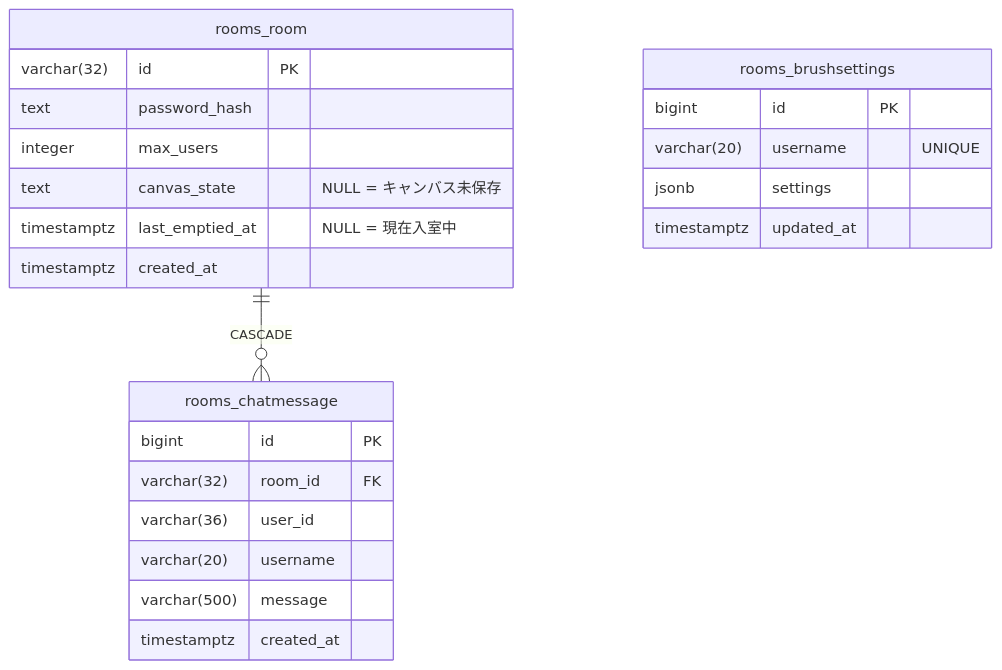
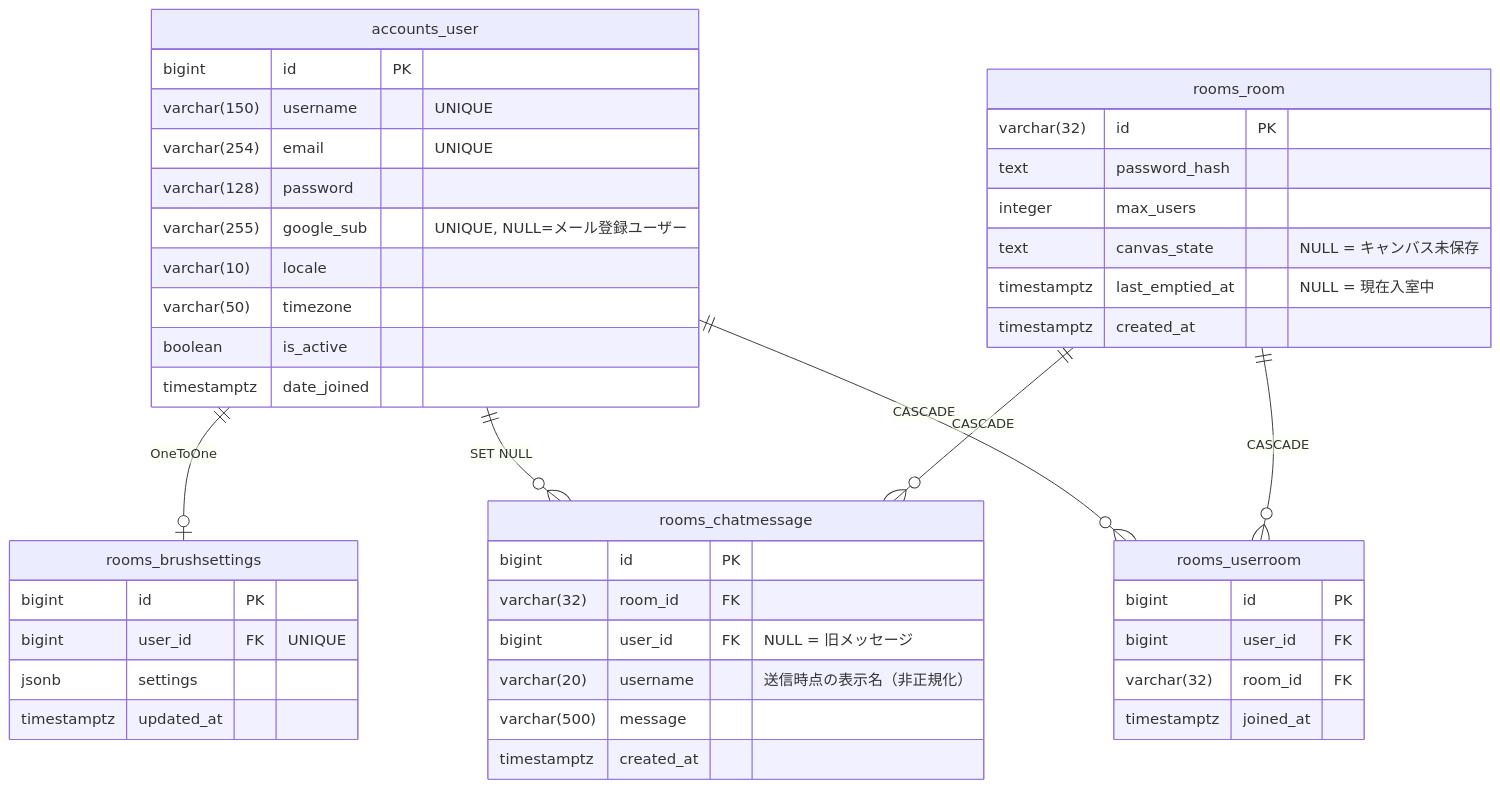
Before and after one commit to anbuttersand0206/oekaki-chat-neo: the diagram in documents/schema/README.md, drawn with Mermaid. The commit also changed other lines of this file and 34 other files, not shown here.

````diff
--- a/documents/schema/README.md
+++ b/documents/schema/README.md
@@ -26,29 +28,52 @@
 ```mermaid
 erDiagram
+    accounts_user {
+        bigint       id              PK
+        varchar(150) username        "UNIQUE"
+        varchar(254) email           "UNIQUE"
+        varchar(128) password
+        varchar(255) google_sub      "UNIQUE, NULL=メール登録ユーザー"
+        varchar(10)  locale
+        varchar(50)  timezone
+        boolean      is_active
+        timestamptz  date_joined
+    }
+
     rooms_room {
         varchar(32)  id               PK
         text         password_hash
         integer      max_users
         text         canvas_state     "NULL = キャンバス未保存"
         timestamptz  last_emptied_at  "NULL = 現在入室中"
         timestamptz  created_at
     }
 
     rooms_brushsettings {
         bigint       id         PK
-        varchar(20)  username   "UNIQUE"
+        bigint       user_id    FK "UNIQUE"
         jsonb        settings
         timestamptz  updated_at
     }
 
     rooms_chatmessage {
         bigint       id         PK
         varchar(32)  room_id    FK
-        varchar(36)  user_id
-        varchar(20)  username
+        bigint       user_id    FK "NULL = 旧メッセージ"
+        varchar(20)  username   "送信時点の表示名（非正規化）"
         varchar(500) message
         timestamptz  created_at
     }
 
-    rooms_room ||--o{ rooms_chatmessage   : "CASCADE"
+    rooms_userroom {
+        bigint       id         PK
+        bigint       user_id    FK
+        varchar(32)  room_id    FK
+        timestamptz  joined_at
+    }
+
+    accounts_user ||--o| rooms_brushsettings : "OneToOne"
+    accounts_user ||--o{ rooms_chatmessage   : "SET NULL"
+    accounts_user ||--o{ rooms_userroom      : "CASCADE"
+    rooms_room    ||--o{ rooms_chatmessage   : "CASCADE"
+    rooms_room    ||--o{ rooms_userroom      : "CASCADE"
 ```
````
